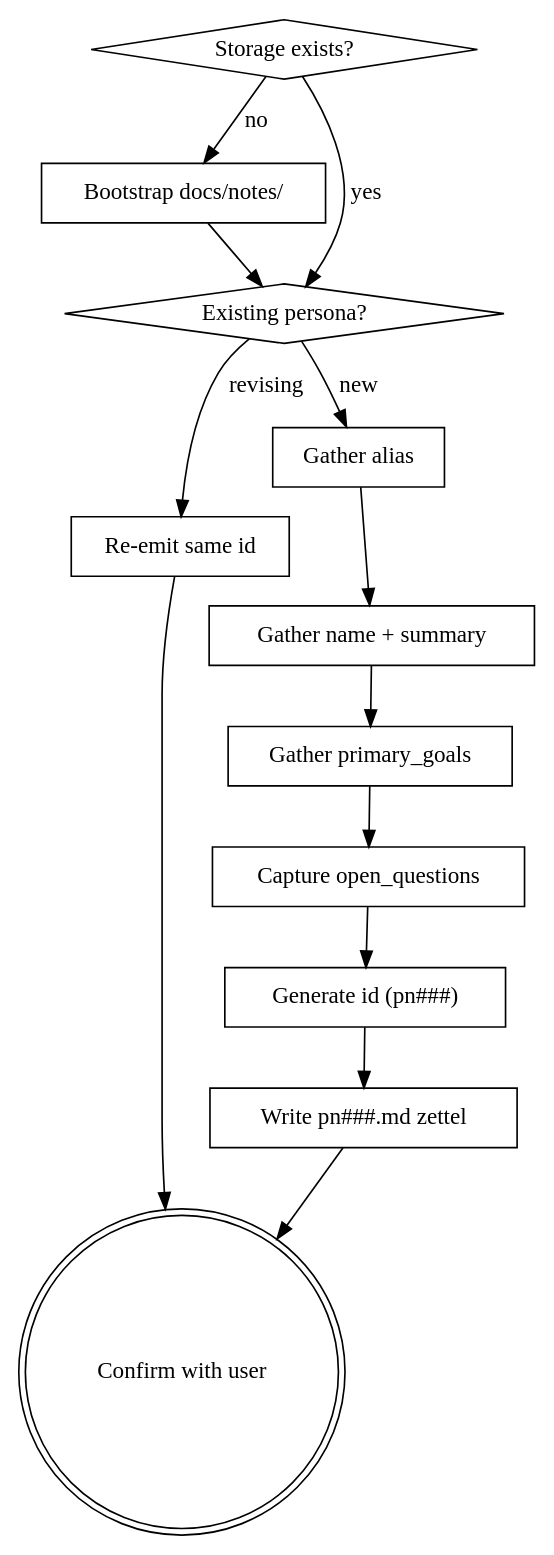
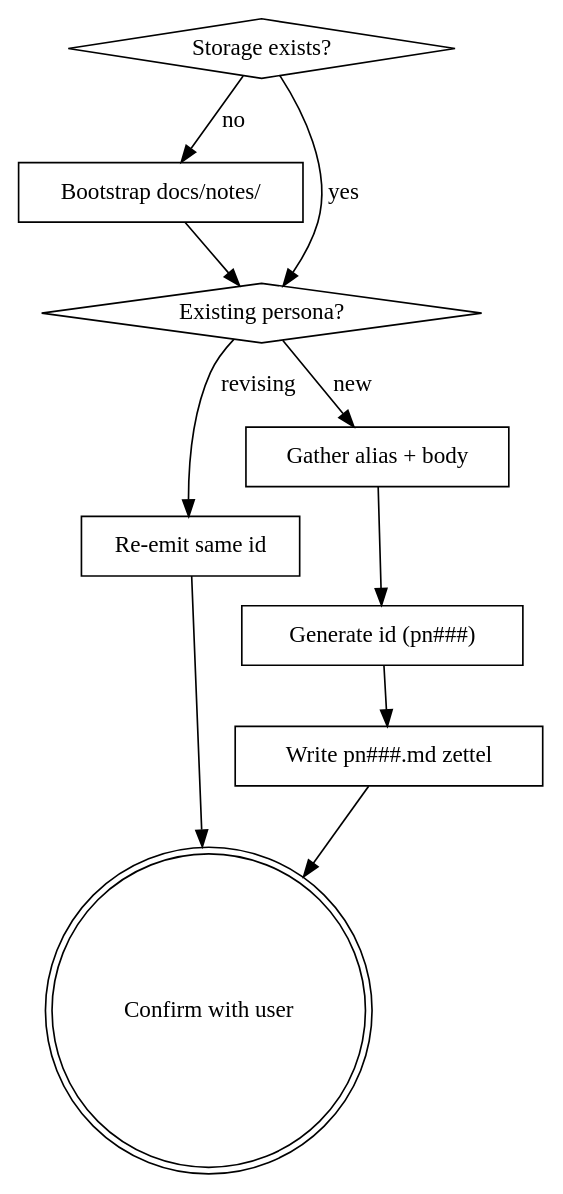
Before and after one commit to b3tchi/dotfiles: the diagram in claude/marketplace/plugins/infinifu/skills/persona-write/SKILL.md, drawn with Graphviz. The commit also changed other lines of this file and 9 other files, not shown here.

````diff
--- a/claude/marketplace/plugins/infinifu/skills/persona-write/SKILL.md
+++ b/claude/marketplace/plugins/infinifu/skills/persona-write/SKILL.md
@@ -65,28 +59,22 @@
 ```dot
 digraph persona_create {
     "Storage exists?" [shape=diamond];
     "Bootstrap docs/notes/" [shape=box];
     "Existing persona?" [shape=diamond];
     "Re-emit same id" [shape=box];
-    "Gather alias" [shape=box];
-    "Gather name + summary" [shape=box];
-    "Gather primary_goals" [shape=box];
-    "Capture open_questions" [shape=box];
+    "Gather alias + body" [shape=box];
     "Generate id (pn###)" [shape=box];
     "Write pn###.md zettel" [shape=box];
     "Confirm with user" [shape=doublecircle];
 
     "Storage exists?" -> "Bootstrap docs/notes/" [label="no"];
     "Storage exists?" -> "Existing persona?" [label="yes"];
     "Bootstrap docs/notes/" -> "Existing persona?";
     "Existing persona?" -> "Re-emit same id" [label="revising"];
-    "Existing persona?" -> "Gather alias" [label="new"];
+    "Existing persona?" -> "Gather alias + body" [label="new"];
     "Re-emit same id" -> "Confirm with user";
-    "Gather alias" -> "Gather name + summary";
-    "Gather name + summary" -> "Gather primary_goals";
-    "Gather primary_goals" -> "Capture open_questions";
-    "Capture open_questions" -> "Generate id (pn###)";
+    "Gather alias + body" -> "Generate id (pn###)";
     "Generate id (pn###)" -> "Write pn###.md zettel";
     "Write pn###.md zettel" -> "Confirm with user";
 }
 ```
````
